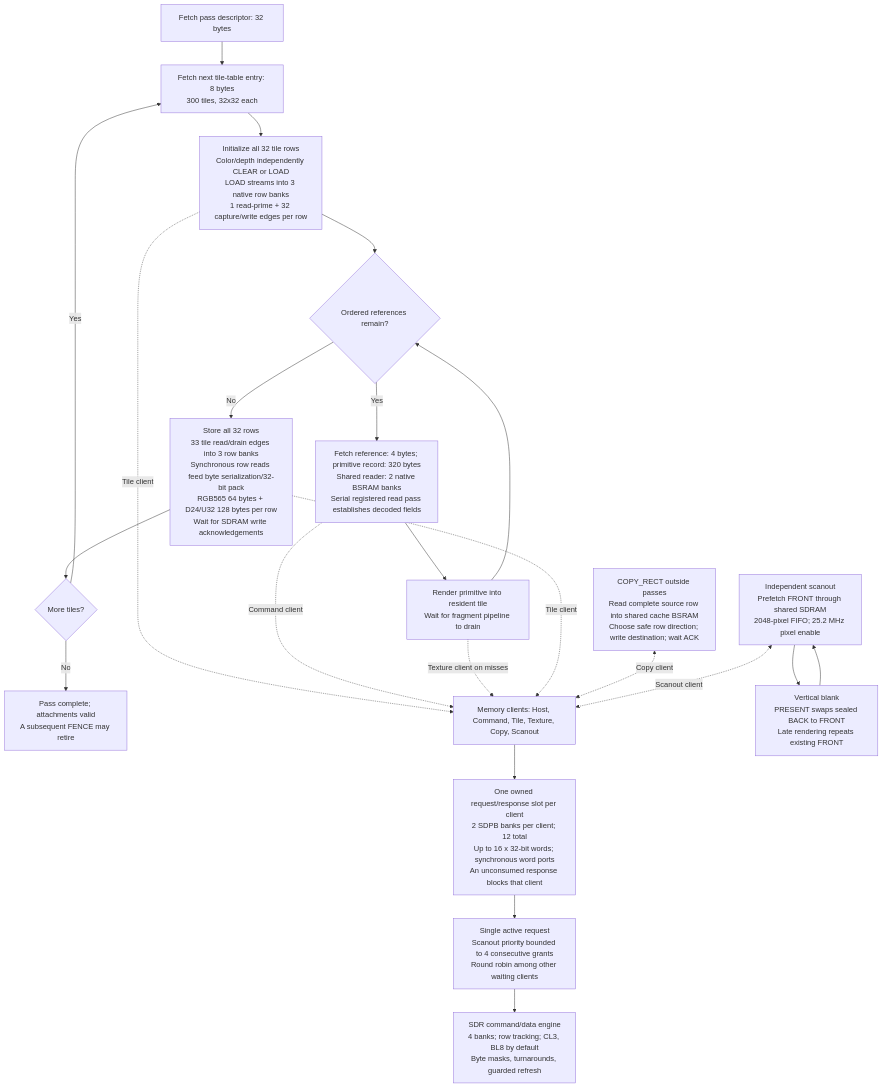
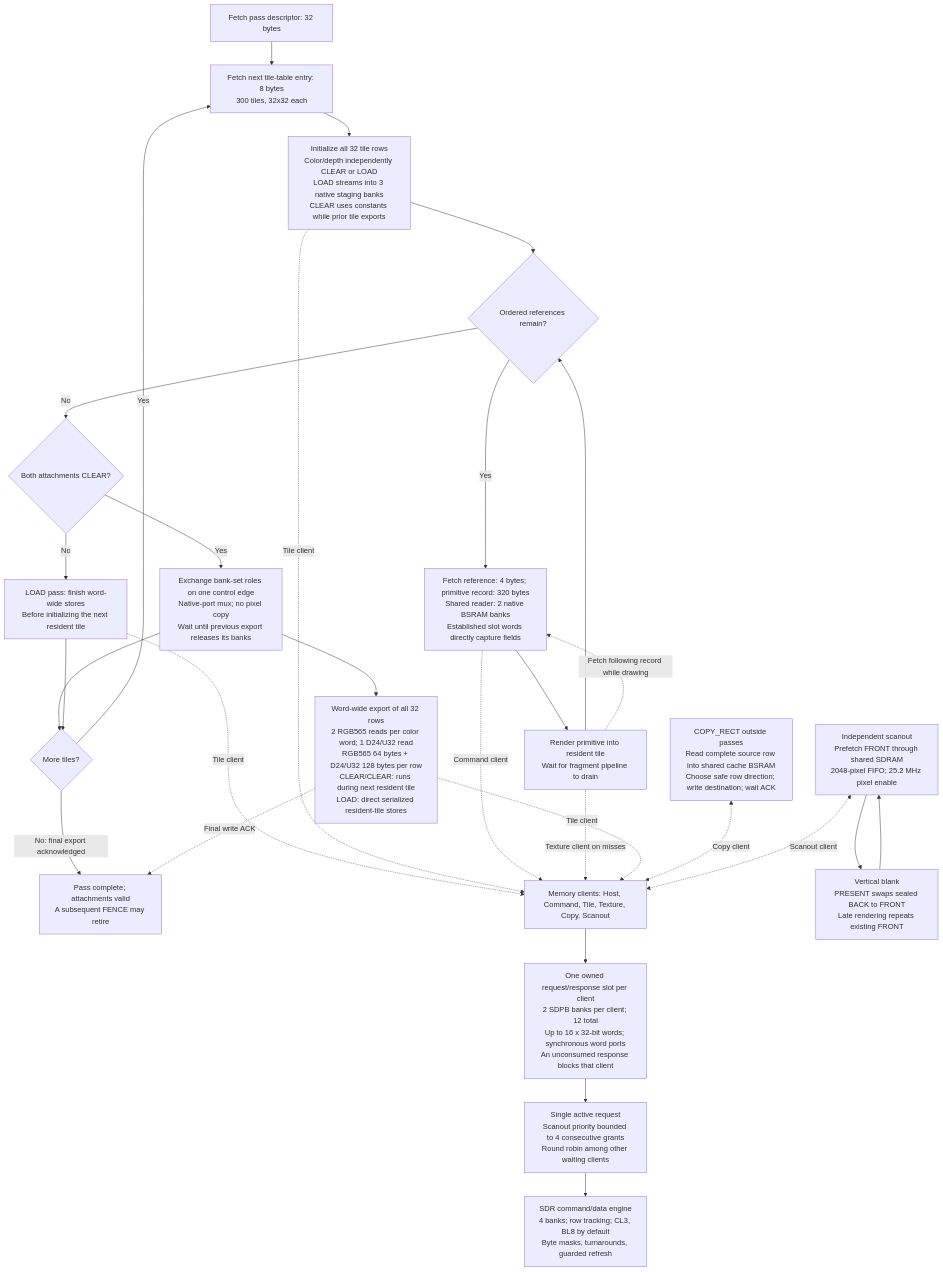
The third of 3 diagrams in docs/hardware/pipeline.md (apc53pro/Nano-20K-GPU), drawn with Mermaid before and after one commit. The commit also changed other lines of this file and 28 other files, not shown here.

````diff
--- a/docs/hardware/pipeline.md
+++ b/docs/hardware/pipeline.md
@@ -177,32 +189,41 @@
 ```mermaid
 flowchart TB
     DESC["Fetch pass descriptor: 32 bytes"]
     ENTRY["Fetch next tile-table entry: 8 bytes<br/>300 tiles, 32x32 each"]
-    LOAD["Initialize all 32 tile rows<br/>Color/depth independently CLEAR or LOAD<br/>LOAD streams into 3 native row banks<br/>1 read-prime + 32 capture/write edges per row"]
+    LOAD["Initialize all 32 tile rows<br/>Color/depth independently CLEAR or LOAD<br/>LOAD streams into 3 native staging banks<br/>CLEAR uses constants while prior tile exports"]
     ANY{"Ordered references remain?"}
-    REF["Fetch reference: 4 bytes; primitive record: 320 bytes<br/>Shared reader: 2 native BSRAM banks<br/>Serial registered read pass establishes decoded fields"]
+    REF["Fetch reference: 4 bytes; primitive record: 320 bytes<br/>Shared reader: 2 native BSRAM banks<br/>Established slot words directly capture fields"]
     DRAW["Render primitive into resident tile<br/>Wait for fragment pipeline to drain"]
-    STORE["Store all 32 rows<br/>33 tile read/drain edges into 3 row banks<br/>Synchronous row reads feed byte serialization/32-bit pack<br/>RGB565 64 bytes + D24/U32 128 bytes per row<br/>Wait for SDRAM write acknowledgements"]
+    MODE{"Both attachments CLEAR?"}
+    STAGE["Exchange bank-set roles on one control edge<br/>Native-port mux; no pixel copy<br/>Wait until previous export releases its banks"]
+    STORE["Word-wide export of all 32 rows<br/>2 RGB565 reads per color word; 1 D24/U32 read<br/>RGB565 64 bytes + D24/U32 128 bytes per row<br/>CLEAR/CLEAR: runs during next resident tile<br/>LOAD: direct serialized resident-tile stores"]
+    SERIAL["LOAD pass: finish word-wide stores<br/>Before initializing the next resident tile"]
     MORE{"More tiles?"}
     PASSDONE["Pass complete; attachments valid<br/>A subsequent FENCE may retire"]
     CLIENTS["Memory clients: Host, Command, Tile, Texture, Copy, Scanout"]
     SLOTS["One owned request/response slot per client<br/>2 SDPB banks per client; 12 total<br/>Up to 16 x 32-bit words; synchronous word ports<br/>An unconsumed response blocks that client"]
     ARB["Single active request<br/>Scanout priority bounded to 4 consecutive grants<br/>Round robin among other waiting clients"]
     SDR["SDR command/data engine<br/>4 banks; row tracking; CL3, BL8 by default<br/>Byte masks, turnarounds, guarded refresh"]
     COPY["COPY_RECT outside passes<br/>Read complete source row into shared cache BSRAM<br/>Choose safe row direction; write destination; wait ACK"]
     SCAN["Independent scanout<br/>Prefetch FRONT through shared SDRAM<br/>2048-pixel FIFO; 25.2 MHz pixel enable"]
     BLANK["Vertical blank<br/>PRESENT swaps sealed BACK to FRONT<br/>Late rendering repeats existing FRONT"]
     DESC --> ENTRY --> LOAD --> ANY
     ANY -->|"Yes"| REF --> DRAW --> ANY
-    ANY -->|"No"| STORE --> MORE
+    DRAW -.->|"Fetch following record while drawing"| REF
+    ANY -->|"No"| MODE
+    MODE -->|"Yes"| STAGE --> MORE
+    MODE -->|"No"| SERIAL --> MORE
+    STAGE --> STORE
     MORE -->|"Yes"| ENTRY
-    MORE -->|"No"| PASSDONE
+    MORE -->|"No: final export acknowledged"| PASSDONE
+    STORE -.->|"Final write ACK"| PASSDONE
+    SERIAL -.->|"Tile client"| CLIENTS
     CLIENTS --> SLOTS --> ARB --> SDR
     LOAD -.->|"Tile client"| CLIENTS
     REF -.->|"Command client"| CLIENTS
     DRAW -.->|"Texture client on misses"| CLIENTS
     STORE -.->|"Tile client"| CLIENTS
     COPY <-.->|"Copy client"| CLIENTS
     SCAN <-.->|"Scanout client"| CLIENTS
     SCAN --> BLANK --> SCAN
 ```
````
